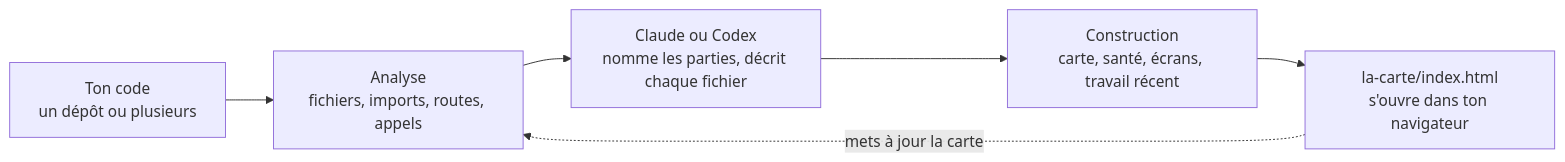
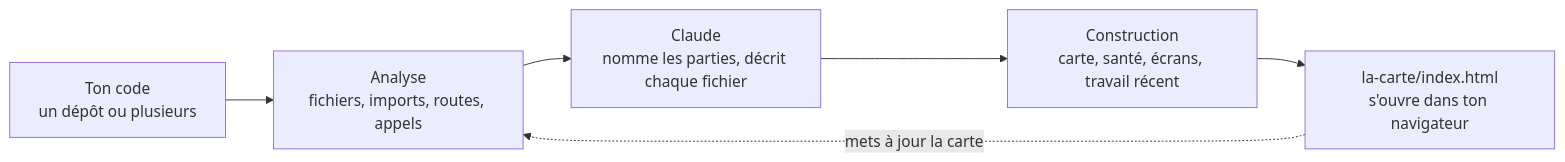
One commit to Doukay/la-carte changed the diagram in README.md. Above: the diagram before and after it, drawn with Mermaid. The commit also changed other lines of this file and 68 other files, not shown here.

First line of the commit message:
Liens coupés et anomalies sur la carte, bouton Mettre à jour, retrait de Codex

````diff
--- a/README.md
+++ b/README.md
@@ -213,8 +197,8 @@
 ```mermaid
 flowchart LR
     code["Ton code<br/>un dépôt ou plusieurs"] --> scan["Analyse<br/>fichiers, imports, routes, appels"]
-    scan --> agent["Claude ou Codex<br/>nomme les parties, décrit chaque fichier"]
-    agent --> build["Construction<br/>carte, santé, écrans, travail récent"]
+    scan --> claude["Claude<br/>nomme les parties, décrit chaque fichier"]
+    claude --> build["Construction<br/>carte, santé, écrans, travail récent"]
     build --> map["la-carte/index.html<br/>s'ouvre dans ton navigateur"]
     map -. "mets à jour la carte" .-> scan
 ```
````
